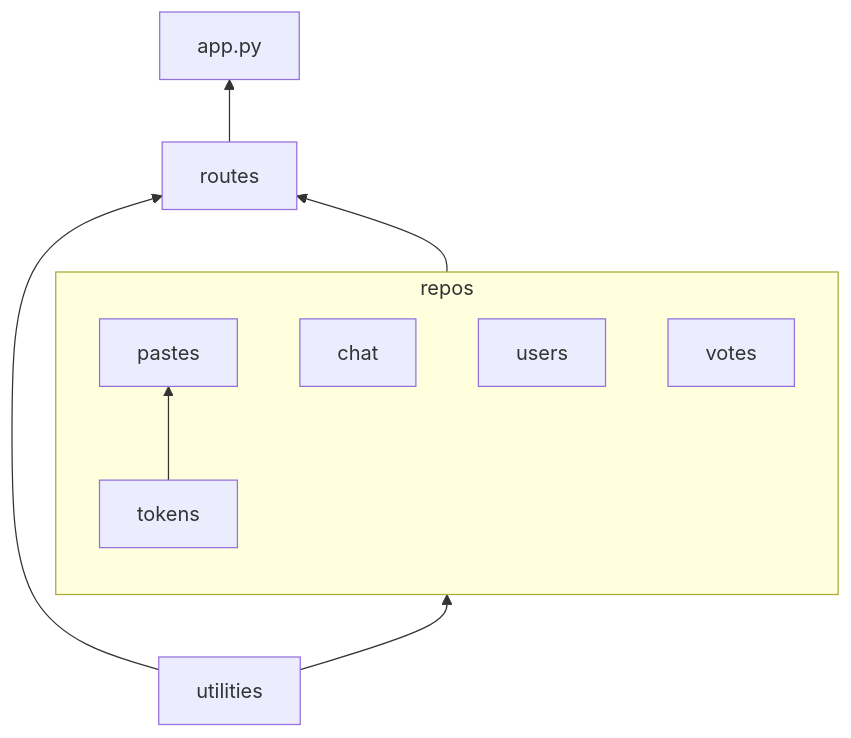
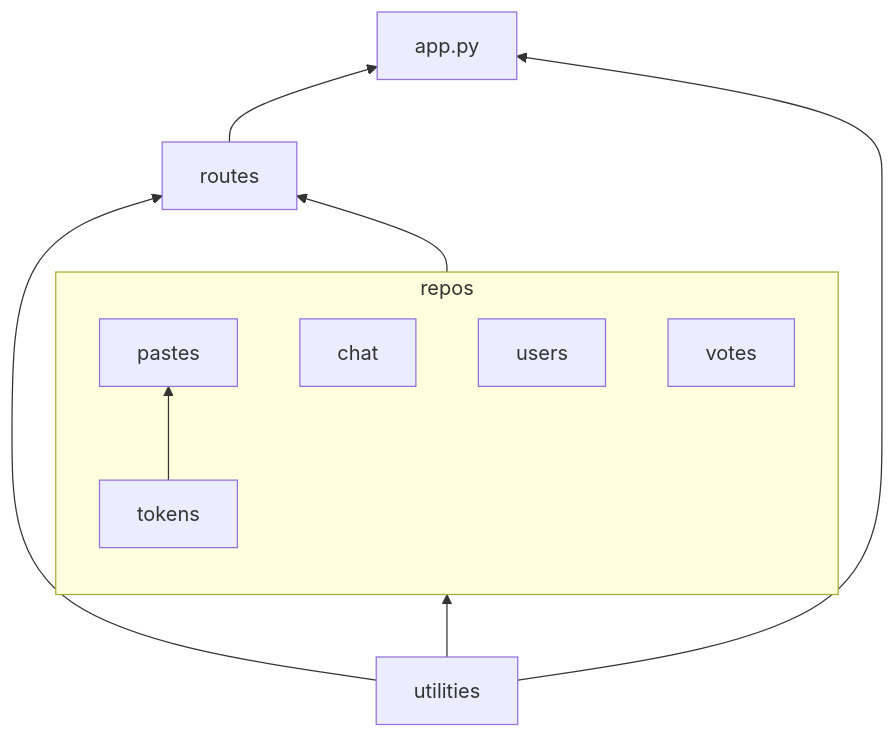
The diagram in docs/structure.md (PyryL/toothpaste), drawn with Mermaid before and after one commit. The commit also changed other lines of this file and 3 other files, not shown here.

````diff
--- a/docs/structure.md
+++ b/docs/structure.md
@@ -12,14 +12,15 @@
 ```mermaid
 graph BT
   routes --> app.py;
   utilities --> routes;
   utilities --> repos;
+  utilities --> app.py;
   repos --> routes;
   subgraph repos
     direction BT
     tokens --> pastes;
     chat;
     users;
     votes;
   end
 ```
````
